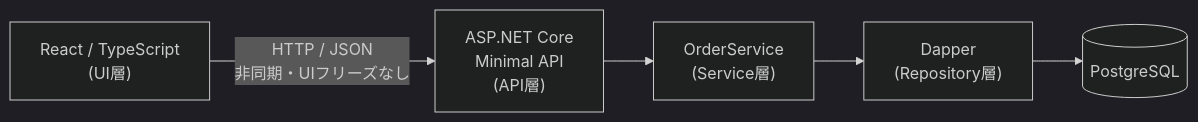
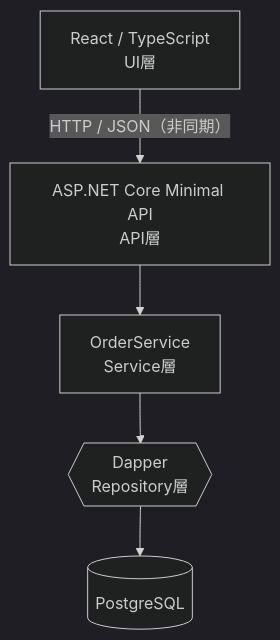
One commit to yktsnet/order-system-migration changed the second of 3 diagrams in README.md. Above: the diagram before and after it, drawn with Mermaid (dark theme). The commit also changed 1 other file, not shown here.

Commit message:
docs(readme): switch the target-architecture diagram to TD
レイヤ5段を LR で並べていたため横に伸び、GitHub 上で文字が縮んでいた。
層構造は縦に積む方が短く、対比相手の現状図とも並びが揃う。

````diff
--- a/README.md
+++ b/README.md
@@ -153,12 +153,8 @@
 ```mermaid
-graph LR
-    React["React / TypeScript\n(UI層)"]
-    API["ASP.NET Core\nMinimal API\n(API層)"]
-    SVC["OrderService\n(Service層)"]
-    DAP["Dapper\n(Repository層)"]
-    DB[("PostgreSQL")]
-    React -->|"HTTP / JSON\n非同期・UIフリーズなし"| API
-    API --> SVC
-    SVC --> DAP
-    DAP --> DB
+flowchart TD
+    React["React / TypeScript<br/>UI層"]
+    React -->|"HTTP / JSON（非同期）"| API["ASP.NET Core Minimal API<br/>API層"]
+    API --> SVC["OrderService<br/>Service層"]
+    SVC --> DAP{{"Dapper<br/>Repository層"}}
+    DAP --> DB[("PostgreSQL")]
 ```
````
